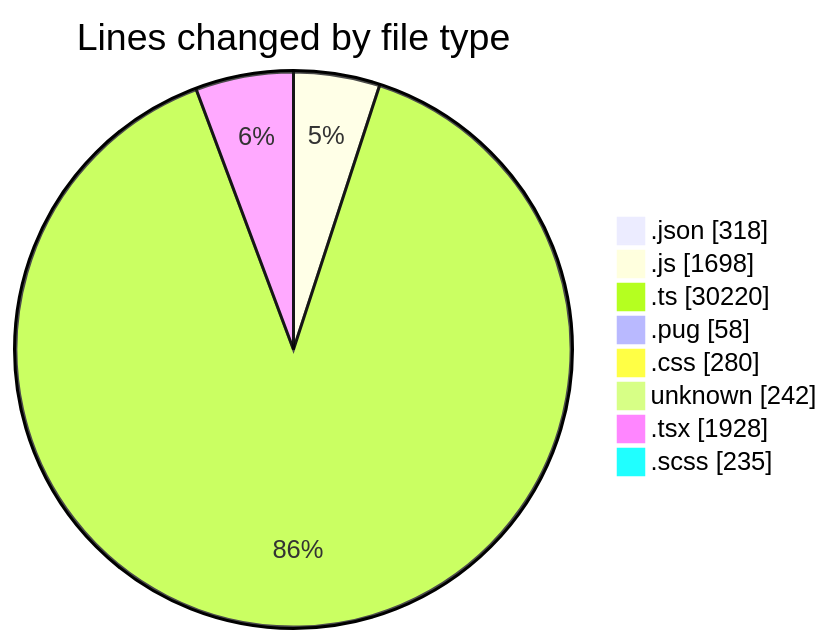
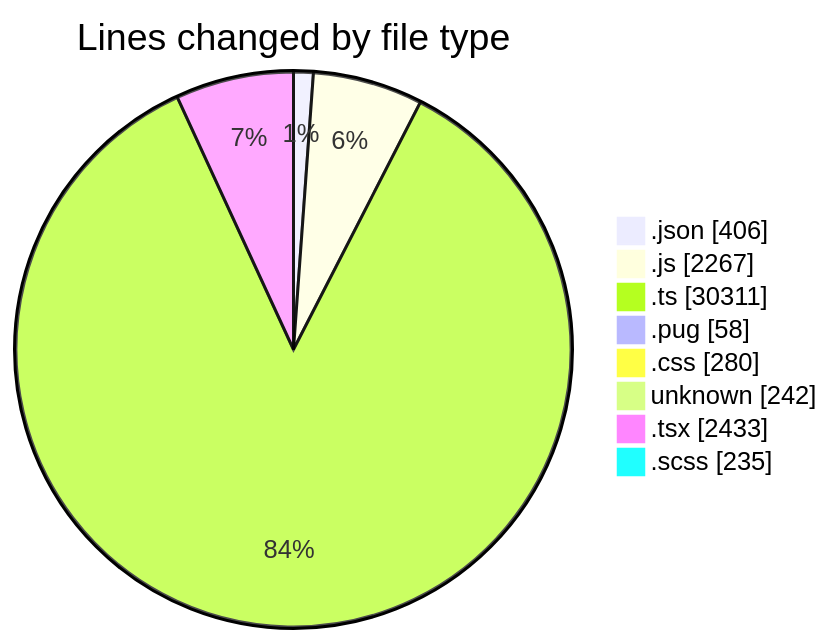
The first of 2 diagrams in 2026-06-02/cda/README.md (momahboobian/code-tracking), drawn with Mermaid before and after one commit. The commit also changed other lines of this file and 1 other file, not shown here.

````diff
--- a/2026-06-02/cda/README.md
+++ b/2026-06-02/cda/README.md
@@ -66,12 +69,12 @@
 ```mermaid
 pie showData
 title Lines changed by file type
-".json" : 318
-".js" : 1698
-".ts" : 30220
+".json" : 406
+".js" : 2267
+".ts" : 30311
 ".pug" : 58
 ".css" : 280
 "unknown" : 242
-".tsx" : 1928
+".tsx" : 2433
 ".scss" : 235
 ```
````
